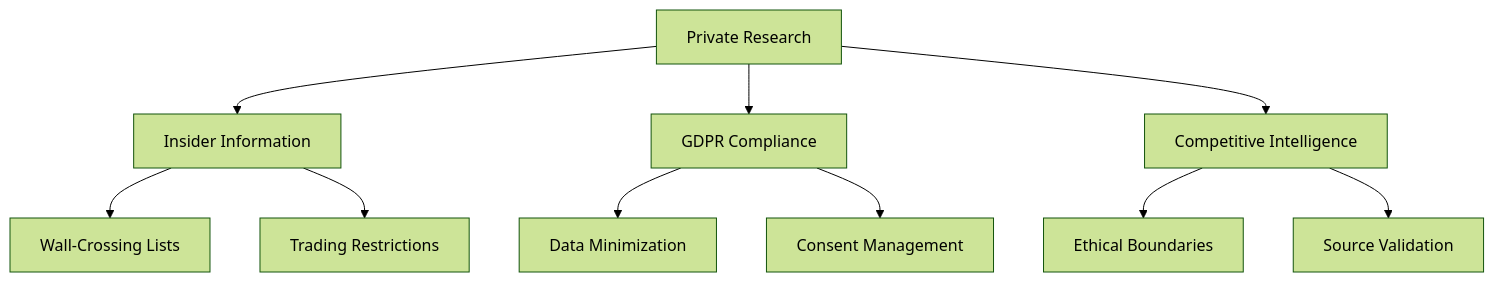
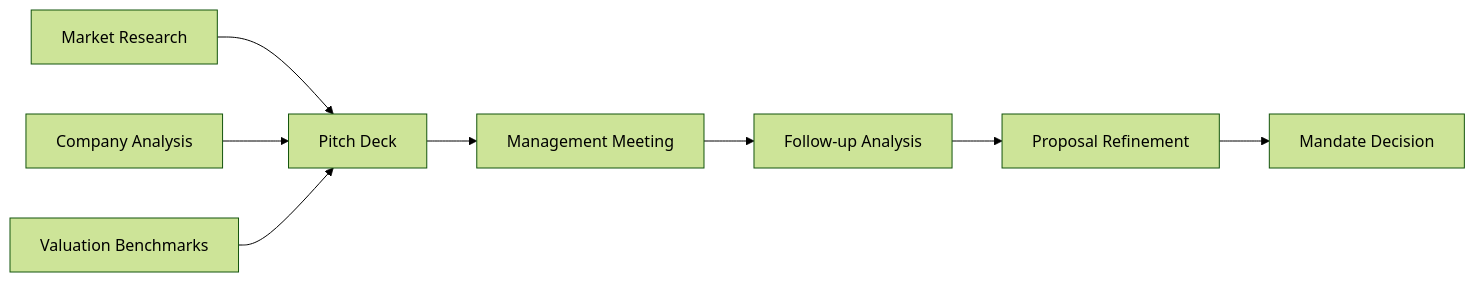
The ninth of 12 diagrams in 06b_Research_Private_Companies.md (ProfDrT/investment-bank), drawn with Mermaid (forest theme) before and after one commit. The commit also changed other lines of this file, not shown here.

First line of the commit message:
feat: comprehensive rewrite of private company research document

````diff
--- a/06b_Research_Private_Companies.md
+++ b/06b_Research_Private_Companies.md
@@ -229,15 +432,11 @@
 ```mermaid
-flowchart TD
-  A["Private Research"] --> B["Insider Information"]
-  A --> C["GDPR Compliance"]
-  A --> D["Competitive Intelligence"]
+flowchart LR
+  A["Market Research"] --> D["Pitch Deck"]
+  B["Company Analysis"] --> D
+  C["Valuation Benchmarks"] --> D
   
-  B --> E["Wall-Crossing Lists"]
-  B --> F["Trading Restrictions"]
-  
-  C --> G["Data Minimization"]
-  C --> H["Consent Management"]
-  
-  D --> I["Ethical Boundaries"]
-  D --> J["Source Validation"]
+  D --> E["Management Meeting"]
+  E --> F["Follow-up Analysis"]
+  F --> G["Proposal Refinement"]
+  G --> H["Mandate Decision"]
 ```
````
